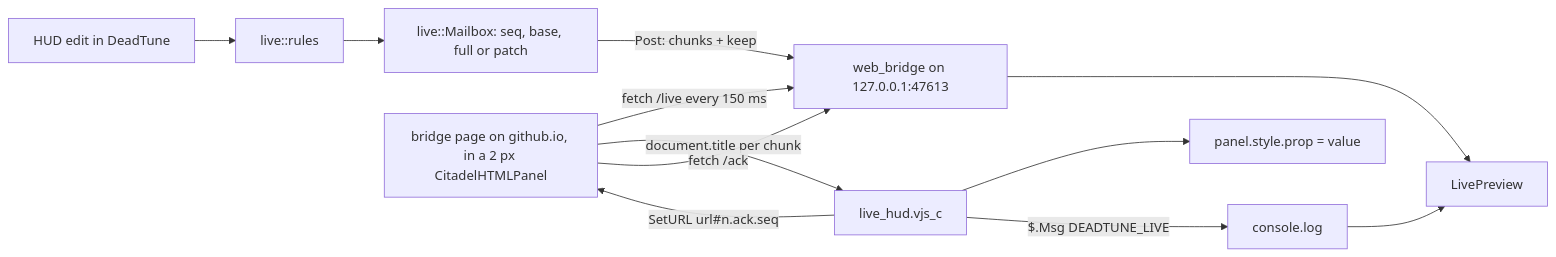
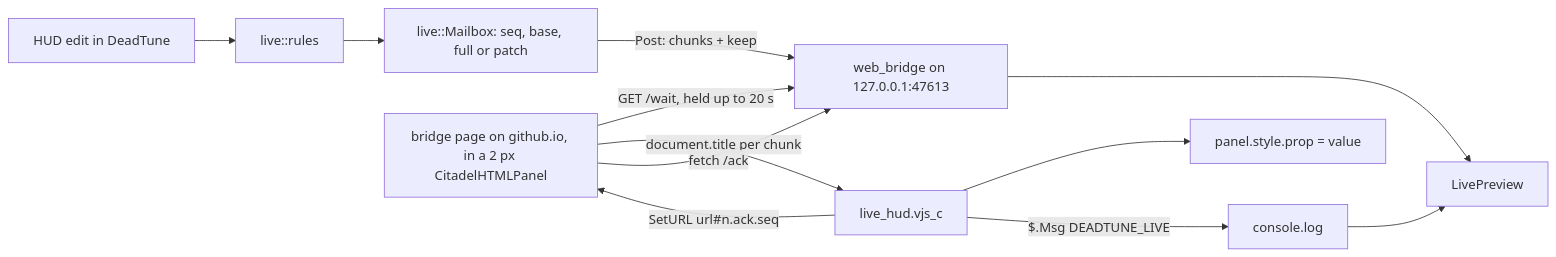
The diagram in docs/plans/live-hud/plan.md (simulieren/deadtune), drawn with Mermaid before and after one commit. The commit also changed other lines of this file and 18 other files, not shown here.

First line of the commit message:
live HUD: sleep unless editing, long-poll bridge, Live editing switch

````diff
--- a/docs/plans/live-hud/plan.md
+++ b/docs/plans/live-hud/plan.md
@@ -29,11 +31,11 @@
 ```mermaid
 flowchart LR
   E[HUD edit in DeadTune] --> R[live::rules] --> M[live::Mailbox: seq, base, full or patch]
   M -->|Post: chunks + keep| B[web_bridge on 127.0.0.1:47613]
-  P[bridge page on github.io, in a 2 px CitadelHTMLPanel] -->|fetch /live every 150 ms| B
+  P[bridge page on github.io, in a 2 px CitadelHTMLPanel] -->|GET /wait, held up to 20 s| B
   P -->|document.title per chunk| J[live_hud.vjs_c]
   J --> S[panel.style.prop = value]
   J -->|SetURL url#n.ack.seq| P -->|fetch /ack| B
   J -->|$.Msg DEADTUNE_LIVE| L[console.log] --> T[LivePreview]
   B --> T
 ```
````
